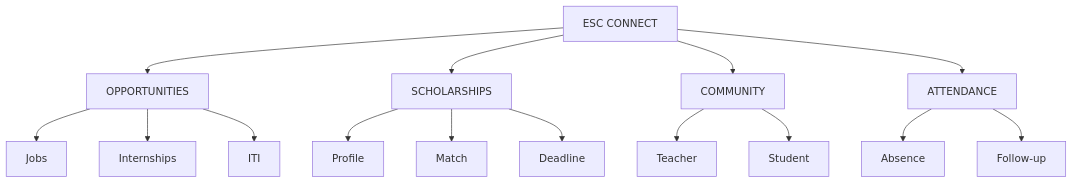
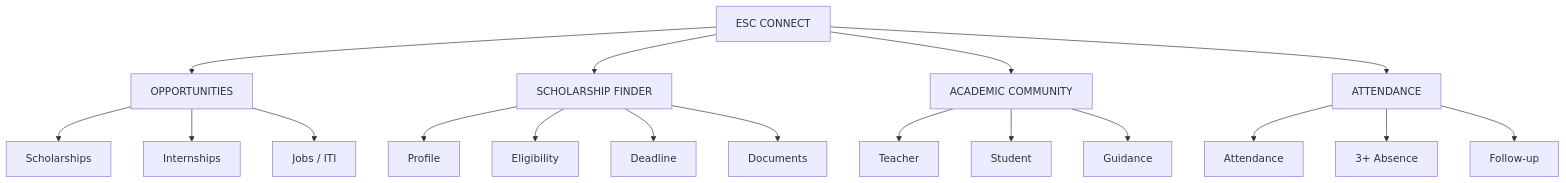
The second of 17 diagrams in README.md (mahik2007/hackathon), drawn with Mermaid before and after one commit. The commit also changed other lines of this file, not shown here.

First line of the commit message:
Revise README structure and enhance diagrams

````diff
--- a/README.md
+++ b/README.md
@@ -30,18 +33,21 @@
 ```mermaid
 flowchart TB
-E[ESC CONNECT]
-E --> O[OPPORTUNITIES]
-E --> S[SCHOLARSHIPS]
-E --> C[COMMUNITY]
-E --> A[ATTENDANCE]
-O --> O1[Jobs]
-O --> O2[Internships]
-O --> O3[ITI]
-S --> S1[Profile]
-S --> S2[Match]
-S --> S3[Deadline]
-C --> C1[Teacher]
-C --> C2[Student]
-A --> A1[Absence]
-A --> A2[Follow-up]
+    E[ESC CONNECT]
+    E --> O[OPPORTUNITIES]
+    E --> S[SCHOLARSHIP FINDER]
+    E --> C[ACADEMIC COMMUNITY]
+    E --> A[ATTENDANCE]
+    O --> O1[Scholarships]
+    O --> O2[Internships]
+    O --> O3[Jobs / ITI]
+    S --> S1[Profile]
+    S --> S2[Eligibility]
+    S --> S3[Deadline]
+    S --> S4[Documents]
+    C --> C1[Teacher]
+    C --> C2[Student]
+    C --> C3[Guidance]
+    A --> A1[Attendance]
+    A --> A2[3+ Absence]
+    A --> A3[Follow-up]
 ```
````
